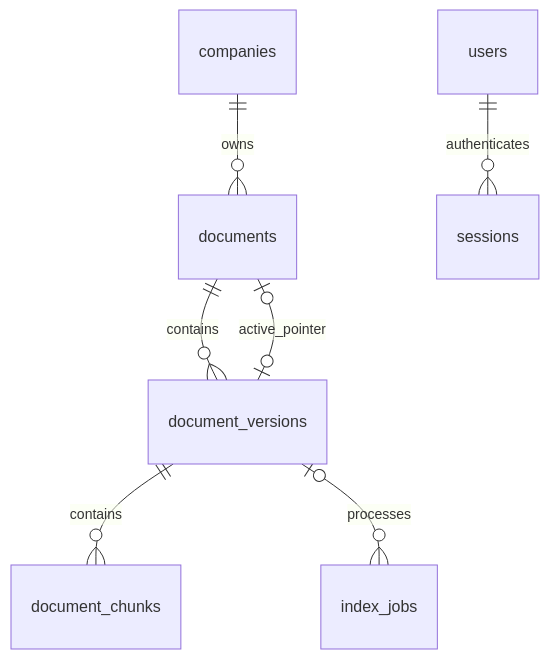
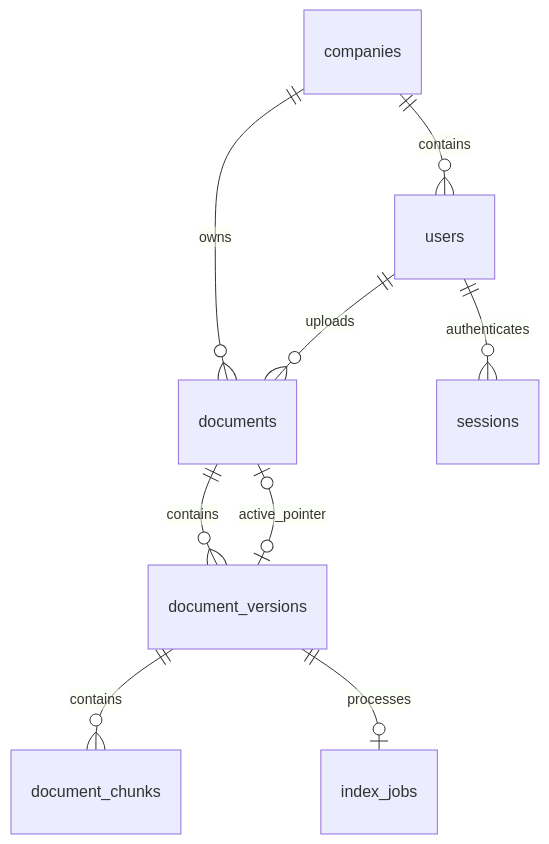
One commit to paul8004-lee/Hyundap changed the diagram in docs/db-design/DB_schema.md. Above: the diagram before and after it, drawn with Mermaid. The commit also changed other lines of this file and 37 other files, not shown here.

Commit message:
refactor(db): create final v4 schema and unify storage contract (#168)

````diff
--- a/docs/db-design/DB_schema.md
+++ b/docs/db-design/DB_schema.md
@@ -7,9 +7,11 @@
 ```mermaid
 erDiagram
+    companies ||--o{ users : contains
     companies ||--o{ documents : owns
+    users ||--o{ sessions : authenticates
+    users ||--o{ documents : uploads
     documents ||--o{ document_versions : contains
     document_versions ||--o{ document_chunks : contains
+    document_versions ||--o| index_jobs : processes
     document_versions o|--o| documents : active_pointer
-    document_versions o|--o{ index_jobs : processes
-    users ||--o{ sessions : authenticates
 ```
````
